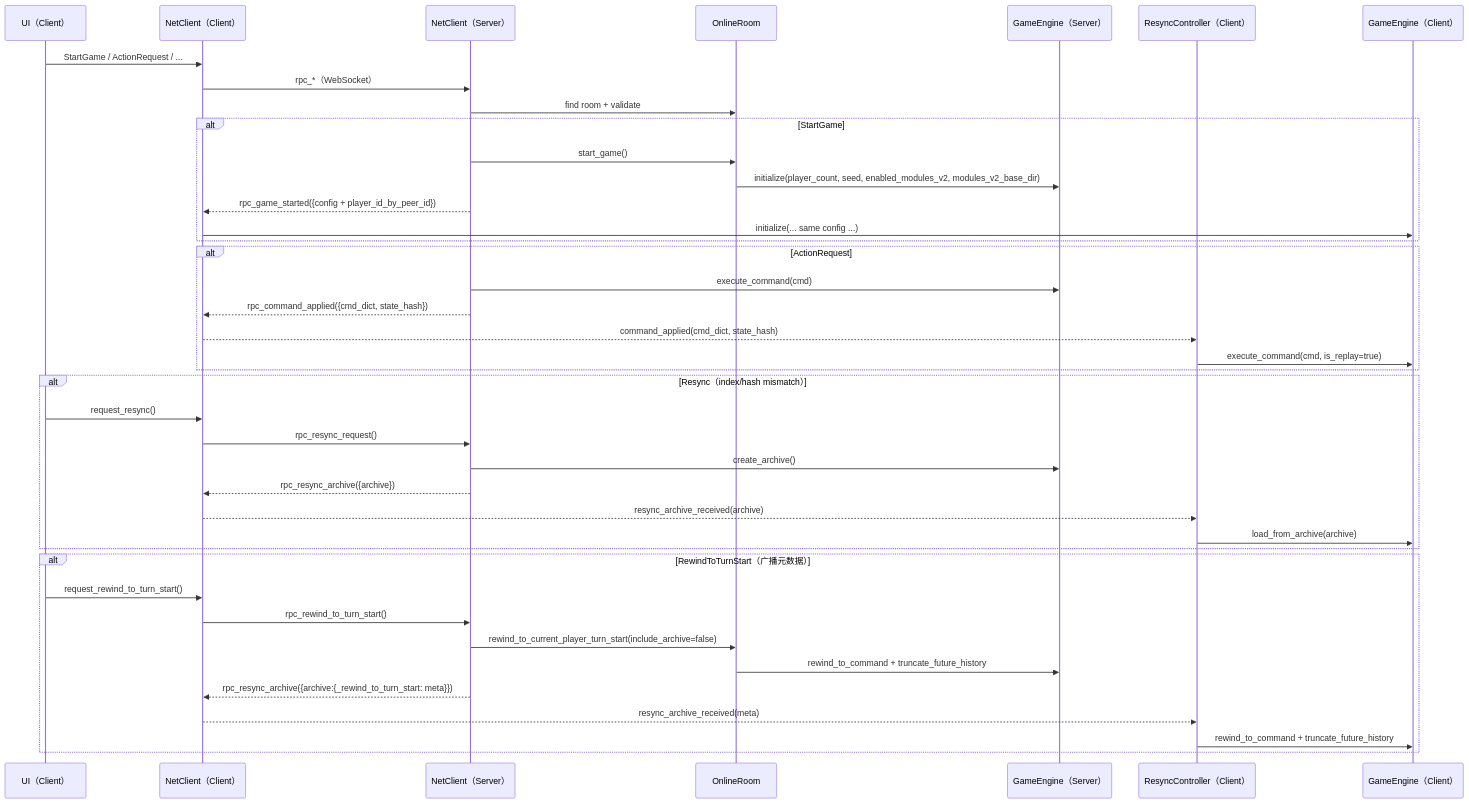
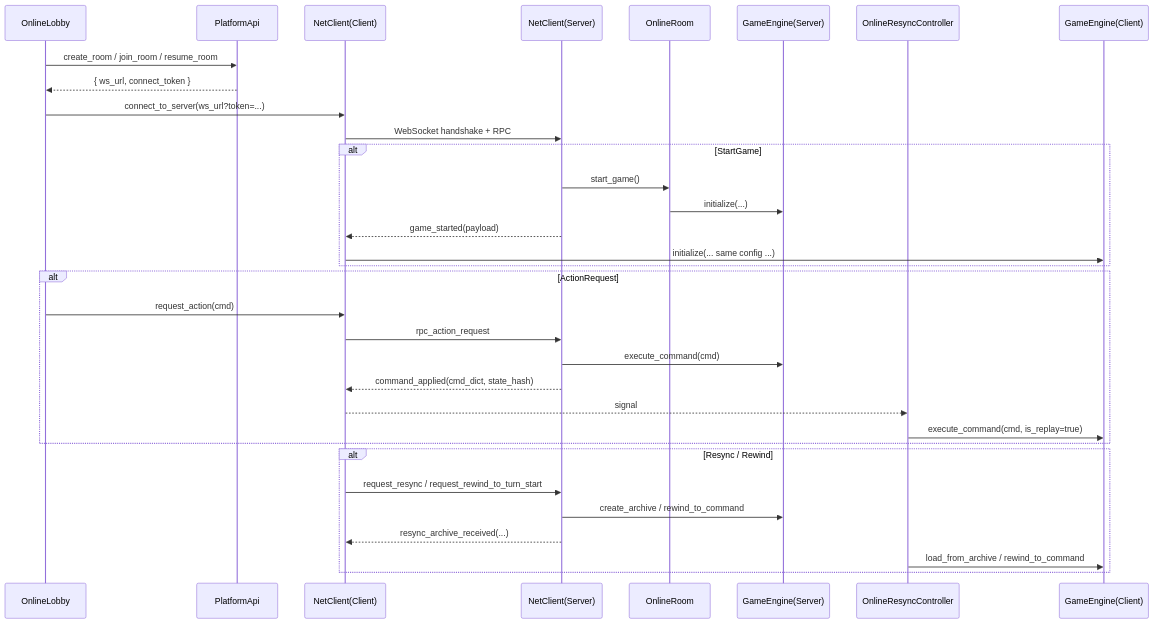
Before and after one commit to ygowill/food_chain_magnate: the second of 2 diagrams in docs/architecture/70-online-multiplayer.md, drawn with Mermaid. The commit also changed other lines of this file and 82 other files, not shown here.

Commit message:
docs: reorganize documentation structure and refresh architecture docs

````diff
--- a/docs/architecture/70-online-multiplayer.md
+++ b/docs/architecture/70-online-multiplayer.md
@@ -41,47 +51,39 @@
 ```mermaid
 sequenceDiagram
-  participant UI as UI（Client）
-  participant NC as NetClient（Client）
-  participant NS as NetClient（Server）
+  participant Lobby as OnlineLobby
+  participant API as PlatformApi
+  participant NC as NetClient(Client)
+  participant NS as NetClient(Server)
   participant Room as OnlineRoom
-  participant ES as GameEngine（Server）
-  participant RC as ResyncController（Client）
-  participant EC as GameEngine（Client）
+  participant ES as GameEngine(Server)
+  participant RC as OnlineResyncController
+  participant EC as GameEngine(Client)
 
-  UI->>NC: StartGame / ActionRequest / ...
-  NC->>NS: rpc_*（WebSocket）
-  NS->>Room: find room + validate
+  Lobby->>API: create_room / join_room / resume_room
+  API-->>Lobby: { ws_url, connect_token }
+  Lobby->>NC: connect_to_server(ws_url?token=...)
+  NC->>NS: WebSocket handshake + RPC
 
   alt StartGame
     NS->>Room: start_game()
-    Room->>ES: initialize(player_count, seed, enabled_modules_v2, modules_v2_base_dir)
-    NS-->>NC: rpc_game_started({config + player_id_by_peer_id})
+    Room->>ES: initialize(...)
+    NS-->>NC: game_started(payload)
     NC->>EC: initialize(... same config ...)
   end
 
   alt ActionRequest
+    Lobby->>NC: request_action(cmd)
+    NC->>NS: rpc_action_request
     NS->>ES: execute_command(cmd)
-    NS-->>NC: rpc_command_applied({cmd_dict, state_hash})
-    NC-->>RC: command_applied(cmd_dict, state_hash)
+    NS-->>NC: command_applied(cmd_dict, state_hash)
+    NC-->>RC: signal
     RC->>EC: execute_command(cmd, is_replay=true)
   end
 
-  alt Resync（index/hash mismatch）
-    UI->>NC: request_resync()
-    NC->>NS: rpc_resync_request()
-    NS->>ES: create_archive()
-    NS-->>NC: rpc_resync_archive({archive})
-    NC-->>RC: resync_archive_received(archive)
-    RC->>EC: load_from_archive(archive)
-  end
-
-  alt RewindToTurnStart（广播元数据）
-    UI->>NC: request_rewind_to_turn_start()
-    NC->>NS: rpc_rewind_to_turn_start()
-    NS->>Room: rewind_to_current_player_turn_start(include_archive=false)
-    Room->>ES: rewind_to_command + truncate_future_history
-    NS-->>NC: rpc_resync_archive({archive:{_rewind_to_turn_start: meta}})
-    NC-->>RC: resync_archive_received(meta)
-    RC->>EC: rewind_to_command + truncate_future_history
+  alt Resync / Rewind
+    NC->>NS: request_resync / request_rewind_to_turn_start
+    NS->>ES: create_archive / rewind_to_command
+    NS-->>NC: resync_archive_received(...)
+    RC->>EC: load_from_archive / rewind_to_command
   end
 ```
````
